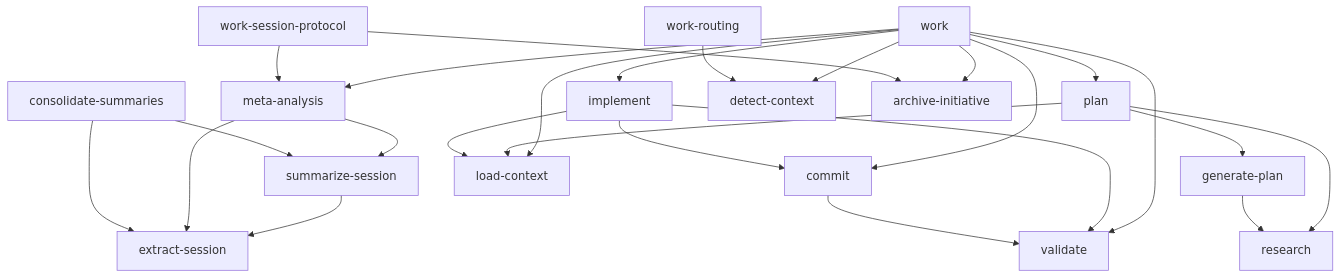
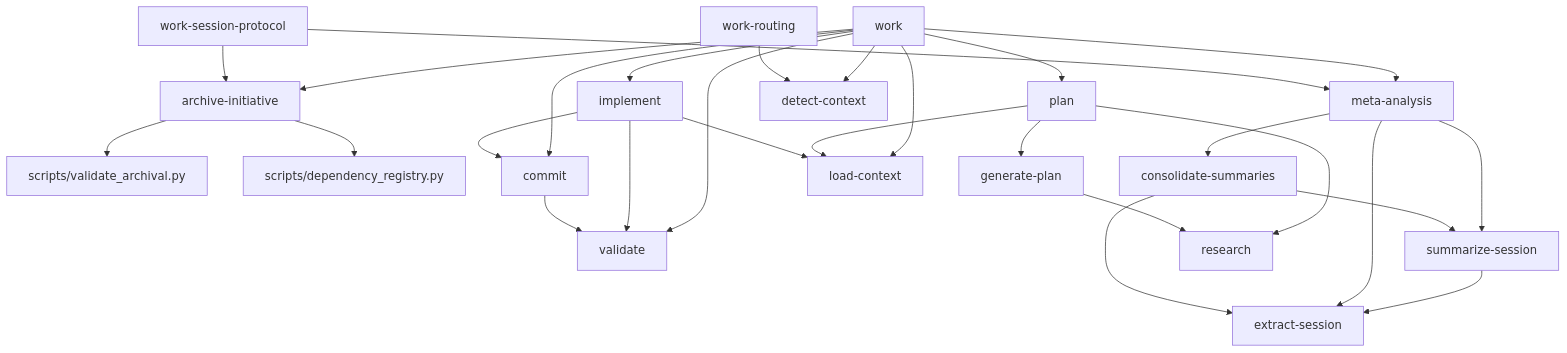
Before and after one commit to geehexx/mcp-web: the diagram in .windsurf/docs/workflow-dependencies.md, drawn with Mermaid. The commit also changed other lines of this file and 18 other files, not shown here.

````diff
--- a/.windsurf/docs/workflow-dependencies.md
+++ b/.windsurf/docs/workflow-dependencies.md
@@ -7,27 +19,30 @@
 ```mermaid
 graph TD
+    archive-initiative[archive-initiative] --> scripts/validate_archival.py[scripts/validate_archival.py]
+    archive-initiative[archive-initiative] --> scripts/dependency_registry.py[scripts/dependency_registry.py]
     commit[commit] --> validate[validate]
     consolidate-summaries[consolidate-summaries] --> extract-session[extract-session]
     consolidate-summaries[consolidate-summaries] --> summarize-session[summarize-session]
     generate-plan[generate-plan] --> research[research]
     implement[implement] --> load-context[load-context]
     implement[implement] --> validate[validate]
     implement[implement] --> commit[commit]
     meta-analysis[meta-analysis] --> extract-session[extract-session]
     meta-analysis[meta-analysis] --> summarize-session[summarize-session]
+    meta-analysis[meta-analysis] --> consolidate-summaries[consolidate-summaries]
     plan[plan] --> research[research]
     plan[plan] --> generate-plan[generate-plan]
     plan[plan] --> load-context[load-context]
     summarize-session[summarize-session] --> extract-session[extract-session]
     work-routing[work-routing] --> detect-context[detect-context]
     work-session-protocol[work-session-protocol] --> archive-initiative[archive-initiative]
     work-session-protocol[work-session-protocol] --> meta-analysis[meta-analysis]
     work[work] --> detect-context[detect-context]
     work[work] --> load-context[load-context]
     work[work] --> implement[implement]
     work[work] --> plan[plan]
     work[work] --> validate[validate]
     work[work] --> commit[commit]
     work[work] --> archive-initiative[archive-initiative]
     work[work] --> meta-analysis[meta-analysis]
 ```
````
